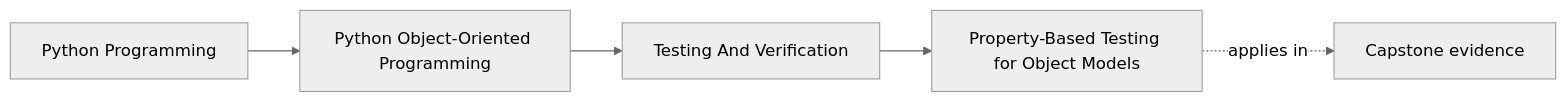
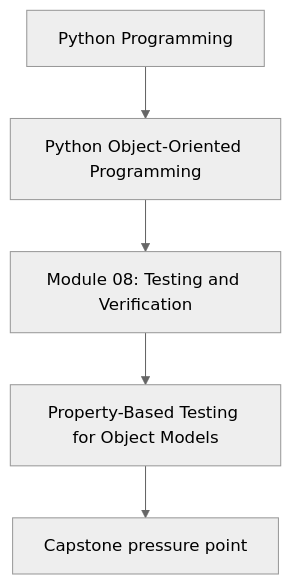
One commit to bijux/bijux-masterclass changed the first of 2 diagrams in programs/python-programming/python-object-oriented-programming/course-book/module-08-testing-and-verification/property-based-testing-for-object-models.md. Above: the diagram before and after it, drawn with Mermaid (neutral theme). The commit also changed other lines of this file and 107 other files, not shown here.

Commit message:
docs(python-object-oriented-programming): align concept page diagrams

````diff
--- a/programs/python-programming/python-object-oriented-programming/course-book/module-08-testing-and-verification/property-based-testing-for-object-models.md
+++ b/programs/python-programming/python-object-oriented-programming/course-book/module-08-testing-and-verification/property-based-testing-for-object-models.md
@@ -7,11 +7,7 @@
 ```mermaid
-graph LR
-  family["Python Programming"]
-  program["Python Object-Oriented Programming"]
-  section["Testing And Verification"]
-  page["Property-Based Testing for Object Models"]
-  capstone["Capstone evidence"]
-
-  family --> program --> section --> page
-  page -.applies in.-> capstone
+flowchart TD
+  family["Python Programming"] --> program["Python Object-Oriented Programming"]
+  program --> module["Module 08: Testing and Verification"]
+  module --> concept["Property-Based Testing for Object Models"]
+  concept --> capstone["Capstone pressure point"]
 ```
````
